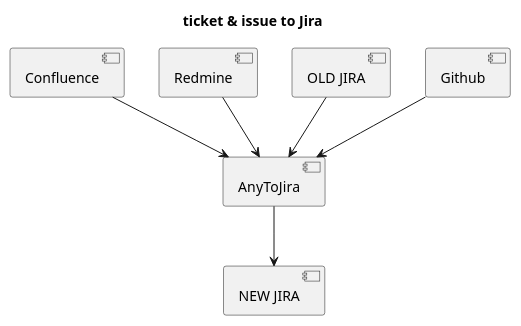
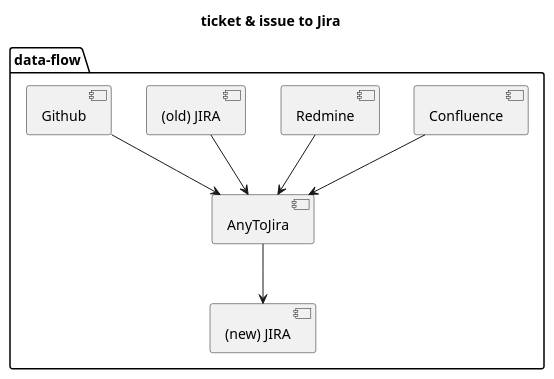
Before and after one commit to yuzutas0/AnyToJira: the diagram in docs/about.puml, drawn with PlantUML. The commit also changed 4 other files, not shown here.

```diff
--- a/docs/about.puml
+++ b/docs/about.puml
@@ -9,12 +9,16 @@
 @startuml{about.png}
 
 title ticket & issue to Jira
 
-[AnyToJira] --> [NEW JIRA]
+package data-flow {
 
-[Confluence] --> [AnyToJira]
-[Redmine] --> [AnyToJira]
-[OLD JIRA] --> [AnyToJira]
-[Github] --> [AnyToJira]
+    [AnyToJira] --> [(new) JIRA]
+
+    [Confluence] --> [AnyToJira]
+    [Redmine] --> [AnyToJira]
+    [(old) JIRA] --> [AnyToJira]
+    [Github] --> [AnyToJira]
+
+}
 
 @enduml
```
